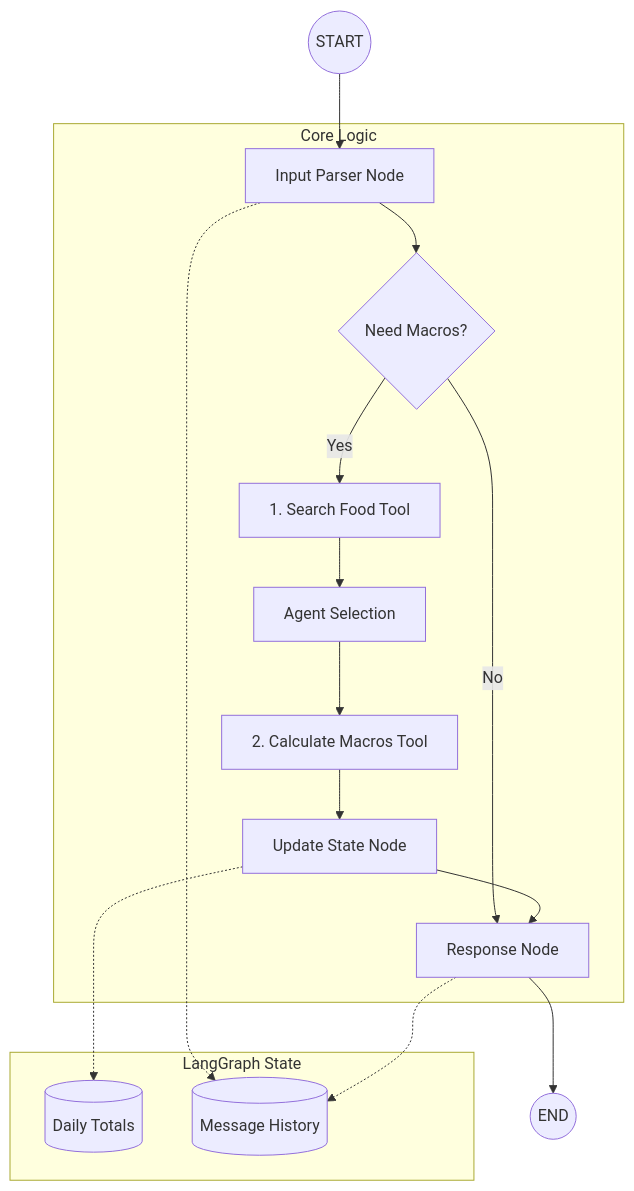
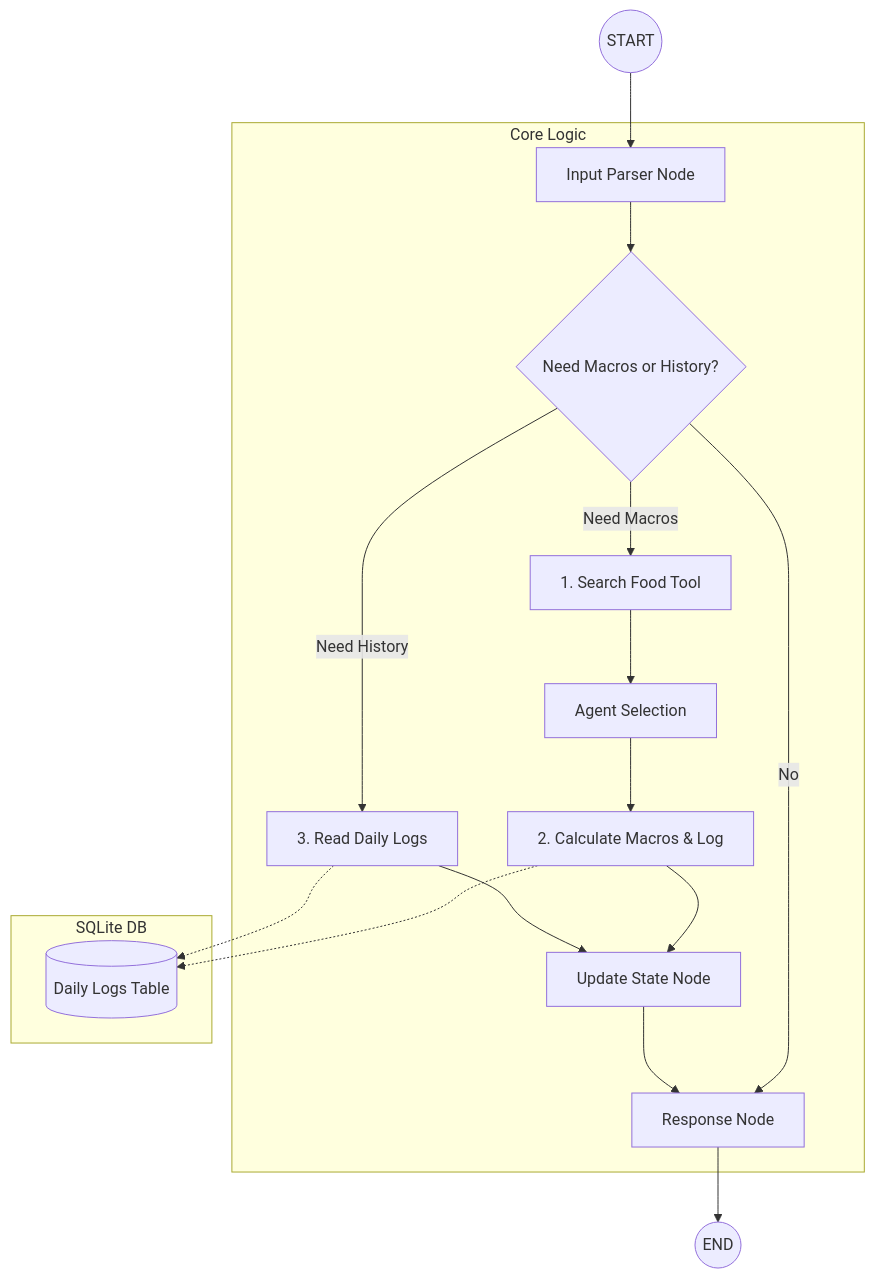
The diagram in PRD.md (sandrusidoltst-a11y/fit_pal), drawn with Mermaid before and after one commit. The commit also changed other lines of this file and 3 other files, not shown here.

Commit message:
docs: plan daily log persistence with service layer architecture

````diff
--- a/PRD.md
+++ b/PRD.md
@@ -47,25 +47,29 @@
 ```mermaid
 flowchart TD
     START((START)) --> InputNode[Input Parser Node]
     
     subgraph Core_Logic [Core Logic]
-        InputNode --> ToolCall{Need Macros?}
-        ToolCall -- Yes --> SearchTool[1. Search Food Tool]
+        InputNode --> ToolCall{Need Macros or History?}
+        
+        ToolCall -- Need Macros --> SearchTool[1. Search Food Tool]
         SearchTool --> SelectNode[Agent Selection]
-        SelectNode --> CalcTool[2. Calculate Macros Tool]
+        SelectNode --> CalcTool[2. Calculate Macros & Log]
+        
+        ToolCall -- Need History --> ReadLog[3. Read Daily Logs]
+        
         CalcTool --> UpdateState[Update State Node]
+        ReadLog --> UpdateState
+        
         ToolCall -- No --> ResponseNode
     end
     
     UpdateState --> ResponseNode[Response Node]
     ResponseNode --> END((END))
 
-    subgraph State_Store [LangGraph State]
-        DailyTotals[(Daily Totals)]
-        MsgHistory[(Message History)]
+    subgraph Database [SQLite DB]
+        DailyLogsTable[(Daily Logs Table)]
     end
 
-    InputNode -.-> MsgHistory
-    UpdateState -.-> DailyTotals
-    ResponseNode -.-> MsgHistory
+    CalcTool -.-> DailyLogsTable
+    ReadLog -.-> DailyLogsTable
 ```
````
